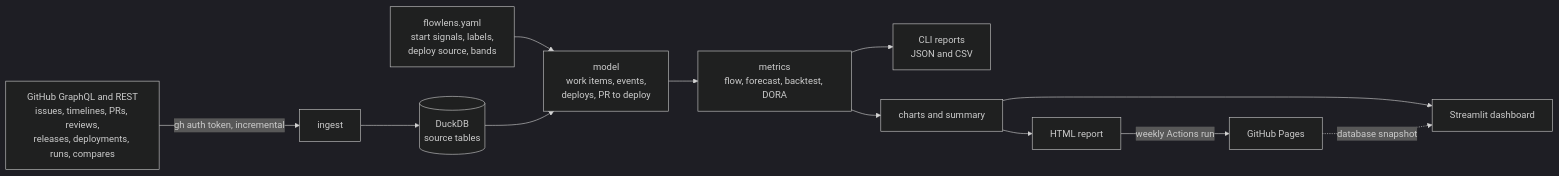
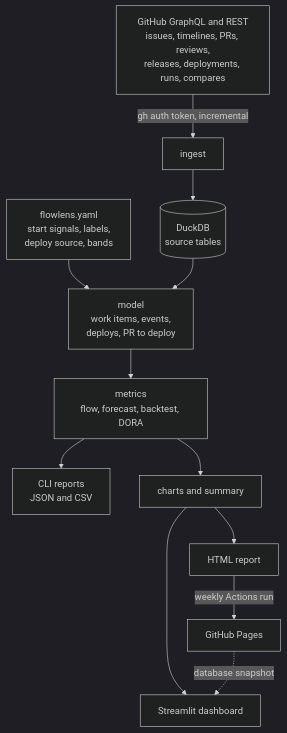
One commit to singha105/flowlens changed the diagram in README.md. Above: the diagram before and after it, drawn with Mermaid (dark theme).

Commit message:
docs: draw the architecture diagram top-down

````diff
--- a/README.md
+++ b/README.md
@@ -105,14 +105,14 @@
 ```mermaid
-flowchart LR
+flowchart TD
   GH["GitHub GraphQL and REST<br/>issues, timelines, PRs, reviews,<br/>releases, deployments, runs, compares"] -->|"gh auth token, incremental"| ING[ingest]
   ING --> SRC[("DuckDB<br/>source tables")]
   CFG["flowlens.yaml<br/>start signals, labels,<br/>deploy source, bands"] --> MODEL
   SRC --> MODEL["model<br/>work items, events,<br/>deploys, PR to deploy"]
   MODEL --> MET["metrics<br/>flow, forecast, backtest, DORA"]
   MET --> OUT["CLI reports<br/>JSON and CSV"]
   MET --> VIEW["charts and summary"]
   VIEW --> DASH[Streamlit dashboard]
   VIEW --> HTML[HTML report]
   HTML -->|"weekly Actions run"| PAGES[GitHub Pages]
   PAGES -.->|"database snapshot"| DASH
 ```
````
